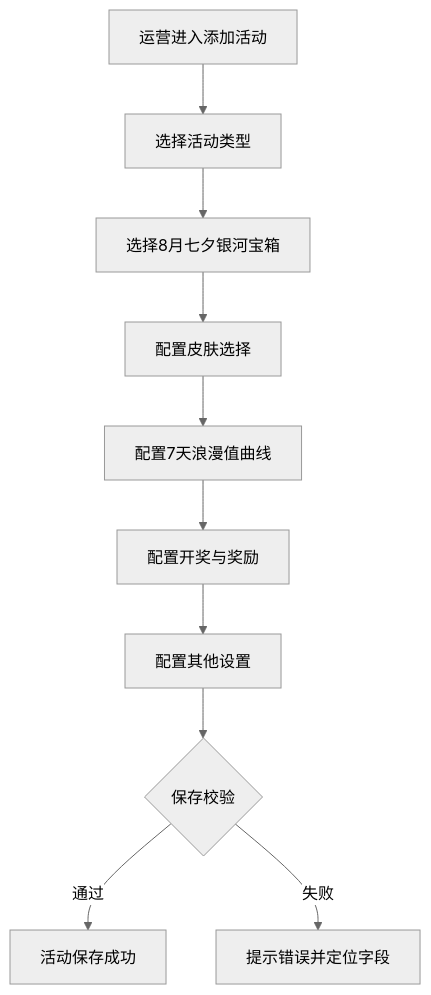
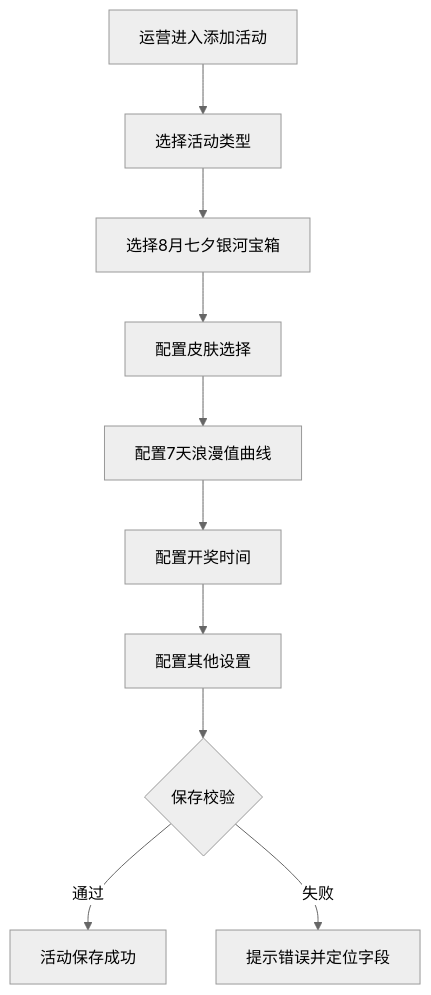
One commit to bala-luoluo/M3 changed the first of 4 diagrams in PRD_qixi_galaxy_box_activity_2026-07-31.md. Above: the diagram before and after it, drawn with Mermaid (neutral theme). The commit also changed other lines of this file and 1 other file, not shown here.

````diff
--- a/PRD_qixi_galaxy_box_activity_2026-07-31.md
+++ b/PRD_qixi_galaxy_box_activity_2026-07-31.md
@@ -176,12 +152,12 @@
 ```mermaid
 flowchart TD
     A[运营进入添加活动] --> B[选择活动类型]
     B --> C[选择8月七夕银河宝箱]
     C --> D[配置皮肤选择]
     D --> E[配置7天浪漫值曲线]
-    E --> F[配置开奖与奖励]
+    E --> F[配置开奖时间]
     F --> G[配置其他设置]
     G --> J{保存校验}
     J -->|通过| K[活动保存成功]
     J -->|失败| L[提示错误并定位字段]
 ```
````
